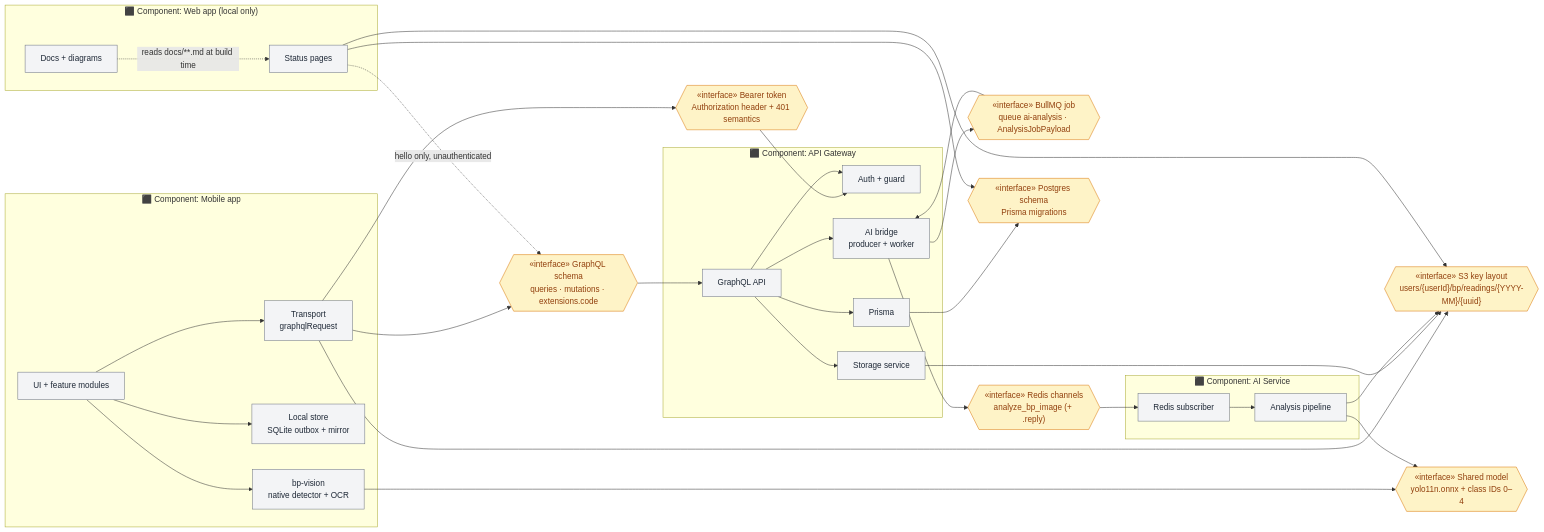
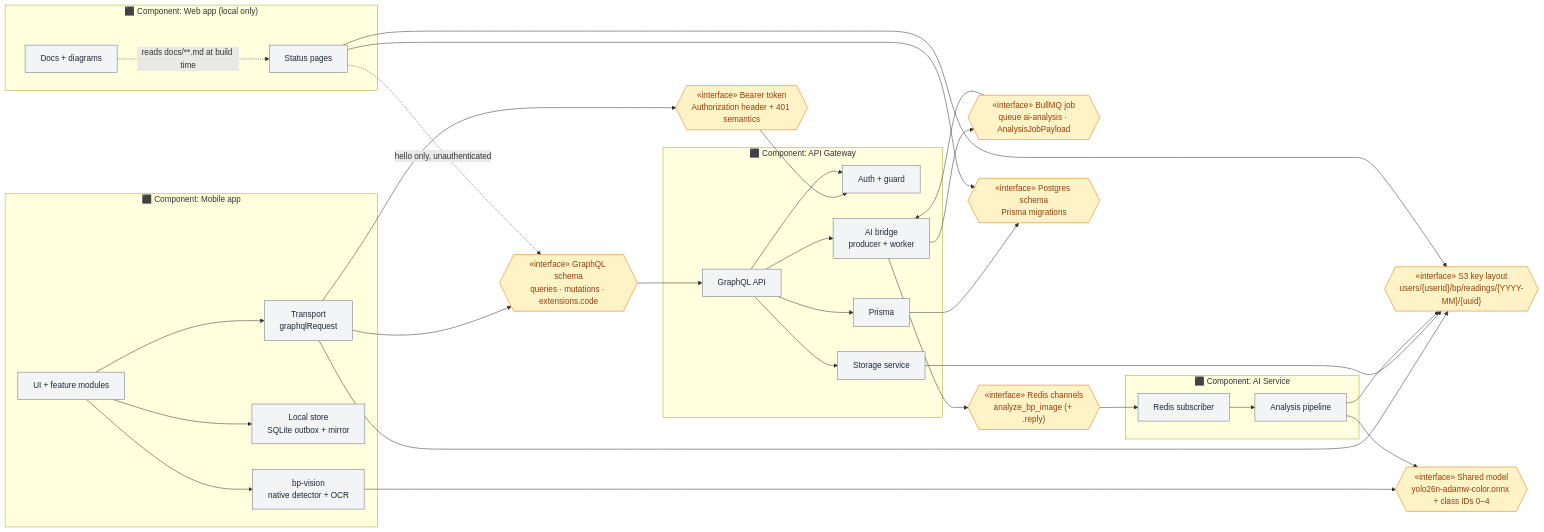
One commit to vanTHkrab/BP-Monitor-Application changed the diagram in docs/architecture/component-interfaces.md. Above: the diagram before and after it, drawn with Mermaid. The commit also changed other lines of this file and 31 other files, not shown here.

````diff
--- a/docs/architecture/component-interfaces.md
+++ b/docs/architecture/component-interfaces.md
@@ -19,70 +19,70 @@
 ```mermaid
 flowchart LR
     subgraph CMP_CLIENT["⬛ Component: Mobile app"]
         CL_UI["UI + feature modules"]
         CL_TX["Transport<br/>graphqlRequest"]
         CL_DB["Local store<br/>SQLite outbox + mirror"]
         CL_NAT["bp-vision<br/>native detector + OCR"]
     end
 
     subgraph CMP_GW["⬛ Component: API Gateway"]
         GW_GQL["GraphQL API"]
         GW_AUTH["Auth + guard"]
         GW_STO["Storage service"]
         GW_AI["AI bridge<br/>producer + worker"]
         GW_DATA["Prisma"]
     end
 
     subgraph CMP_AI["⬛ Component: AI Service"]
         AI_SUB["Redis subscriber"]
         AI_PIPE["Analysis pipeline"]
     end
 
     subgraph CMP_WEB["⬛ Component: Web app (local only)"]
         WB_ADMIN["Status pages"]
         WB_DOCS["Docs + diagrams"]
     end
 
     IF_GQL{{"«interface» GraphQL schema<br/>queries · mutations · extensions.code"}}
     IF_AUTH{{"«interface» Bearer token<br/>Authorization header + 401 semantics"}}
     IF_S3{{"«interface» S3 key layout<br/>users/{userId}/bp/readings/{YYYY-MM}/{uuid}"}}
     IF_JOB{{"«interface» BullMQ job<br/>queue ai-analysis · AnalysisJobPayload"}}
     IF_MSG{{"«interface» Redis channels<br/>analyze_bp_image (+ .reply)"}}
-    IF_MODEL{{"«interface» Shared model<br/>yolo11n.onnx + class IDs 0–4"}}
+    IF_MODEL{{"«interface» Shared model<br/>yolo26n-adamw-color.onnx + class IDs 0–4"}}
     IF_SQL{{"«interface» Postgres schema<br/>Prisma migrations"}}
 
     CL_UI --> CL_TX
     CL_UI --> CL_DB
     CL_UI --> CL_NAT
     CL_TX --> IF_GQL
     CL_TX --> IF_AUTH
     CL_TX --> IF_S3
     CL_NAT --> IF_MODEL
 
     IF_GQL --> GW_GQL
     IF_AUTH --> GW_AUTH
     GW_GQL --> GW_AUTH
     GW_GQL --> GW_STO
     GW_GQL --> GW_AI
     GW_GQL --> GW_DATA
     GW_STO --> IF_S3
     GW_AI --> IF_JOB
     IF_JOB --> GW_AI
     GW_AI --> IF_MSG
     GW_DATA --> IF_SQL
 
     IF_MSG --> AI_SUB
     AI_SUB --> AI_PIPE
     AI_PIPE --> IF_MODEL
     AI_PIPE --> IF_S3
 
     WB_ADMIN --> IF_SQL
     WB_ADMIN --> IF_S3
     WB_ADMIN -. "hello only, unauthenticated" .-> IF_GQL
     WB_DOCS -. "reads docs/**.md at build time" .-> WB_ADMIN
 
     classDef comp fill:#f3f4f6,stroke:#6b7280,color:#1f2937
     classDef iface fill:#fef3c7,stroke:#d97706,color:#92400e
     class CL_UI,CL_TX,CL_DB,CL_NAT,GW_GQL,GW_AUTH,GW_STO,GW_AI,GW_DATA,AI_SUB,AI_PIPE,WB_ADMIN,WB_DOCS comp
     class IF_GQL,IF_AUTH,IF_S3,IF_JOB,IF_MSG,IF_MODEL,IF_SQL iface
 ```
````
